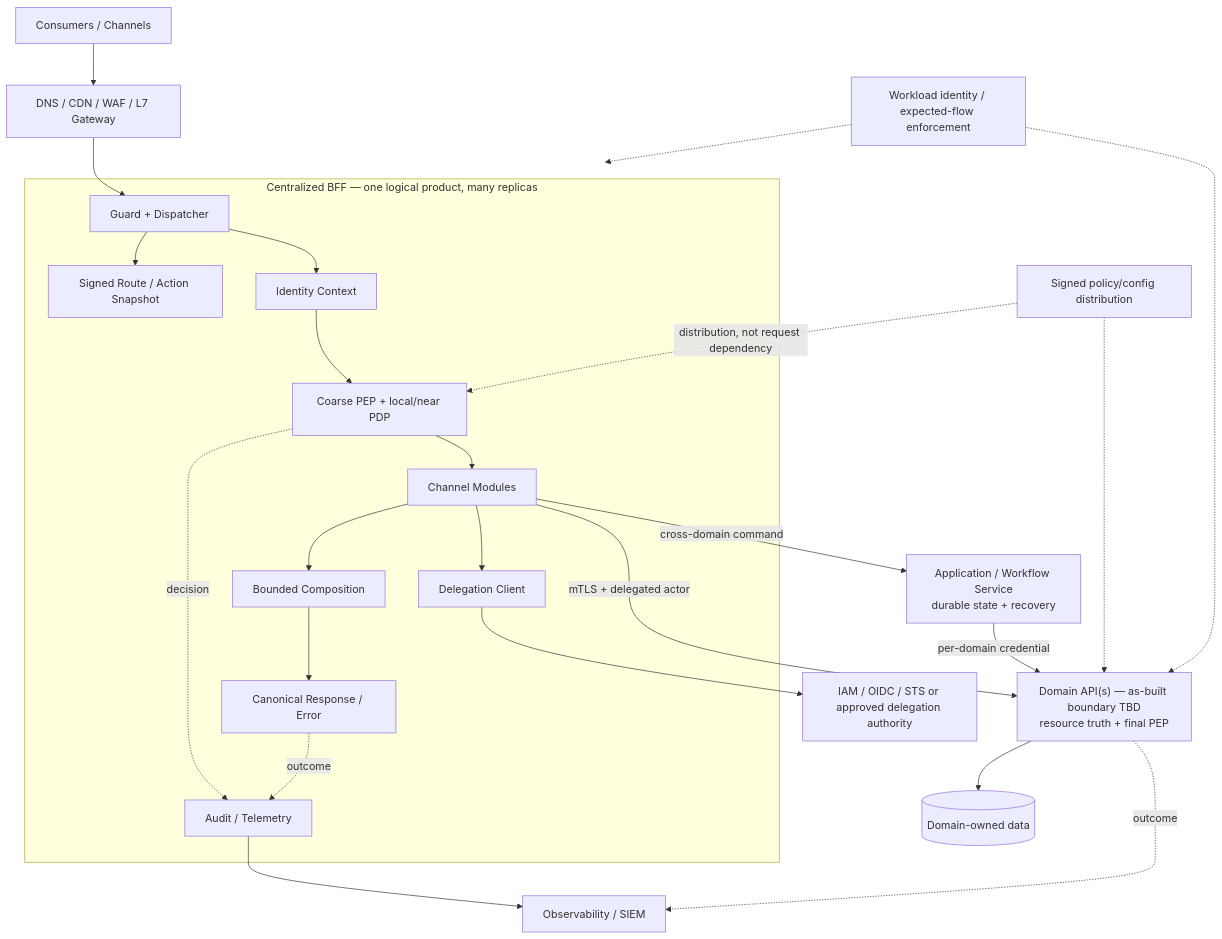
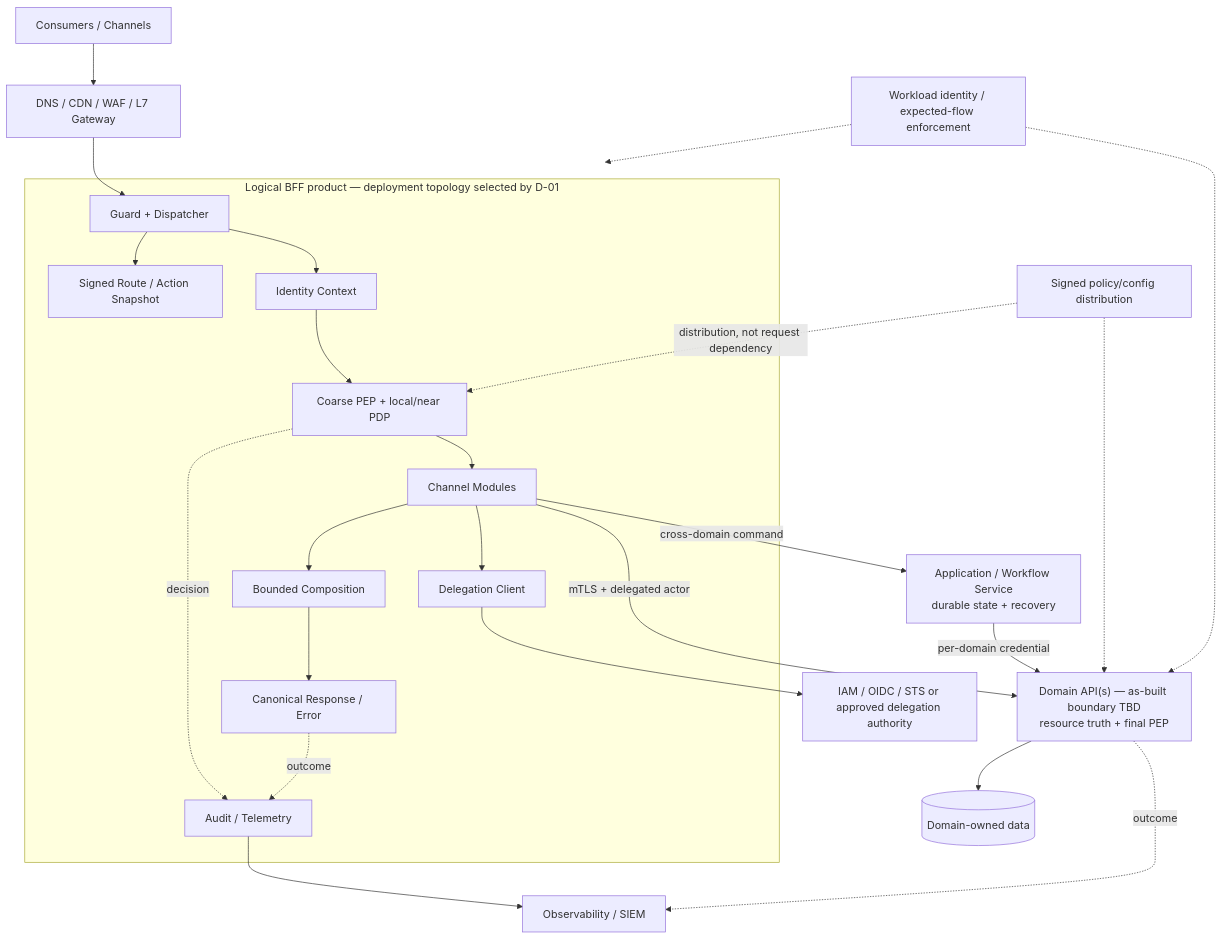
The first of 4 diagrams in zero-trust.md (huynv-xyz/vhm), drawn with Mermaid before and after one commit. The commit also changed other lines of this file, not shown here.

First line of the commit message:
docs: refine evidence-driven BFF topology decision

````diff
--- a/zero-trust.md
+++ b/zero-trust.md
@@ -211,45 +229,45 @@
 ```mermaid
 flowchart TB
     Consumer["Consumers / Channels"]
     Edge["DNS / CDN / WAF / L7 Gateway"]
 
-    subgraph BFF["Centralized BFF — one logical product, many replicas"]
+    subgraph BFF["Logical BFF product — deployment topology selected by D-01"]
         Guard["Guard + Dispatcher"]
         Registry["Signed Route / Action Snapshot"]
         Identity["Identity Context"]
         CoarsePEP["Coarse PEP + local/near PDP"]
         Modules["Channel Modules"]
         Delegation["Delegation Client"]
         Compose["Bounded Composition"]
         Result["Canonical Response / Error"]
         Audit["Audit / Telemetry"]
 
         Guard --> Registry
         Guard --> Identity --> CoarsePEP --> Modules
         Modules --> Delegation
         Modules --> Compose --> Result
         CoarsePEP -. decision .-> Audit
         Result -. outcome .-> Audit
     end
 
     Domain["Domain API(s) — as-built boundary TBD<br/>resource truth + final PEP"]
     Data[("Domain-owned data")]
     Workflow["Application / Workflow Service<br/>durable state + recovery"]
     IAM["IAM / OIDC / STS or approved delegation authority"]
     Control["Signed policy/config distribution"]
     Network["Workload identity / expected-flow enforcement"]
     Obs["Observability / SIEM"]
 
     Consumer --> Edge --> Guard
     Delegation --> IAM
     Modules -->|"mTLS + delegated actor"| Domain
     Modules -->|"cross-domain command"| Workflow
     Workflow -->|"per-domain credential"| Domain
     Domain --> Data
     Control -. "distribution, not request dependency" .-> CoarsePEP
     Control -.-> Domain
     Network -.-> BFF
     Network -.-> Domain
     Audit --> Obs
     Domain -. outcome .-> Obs
 ```
````
